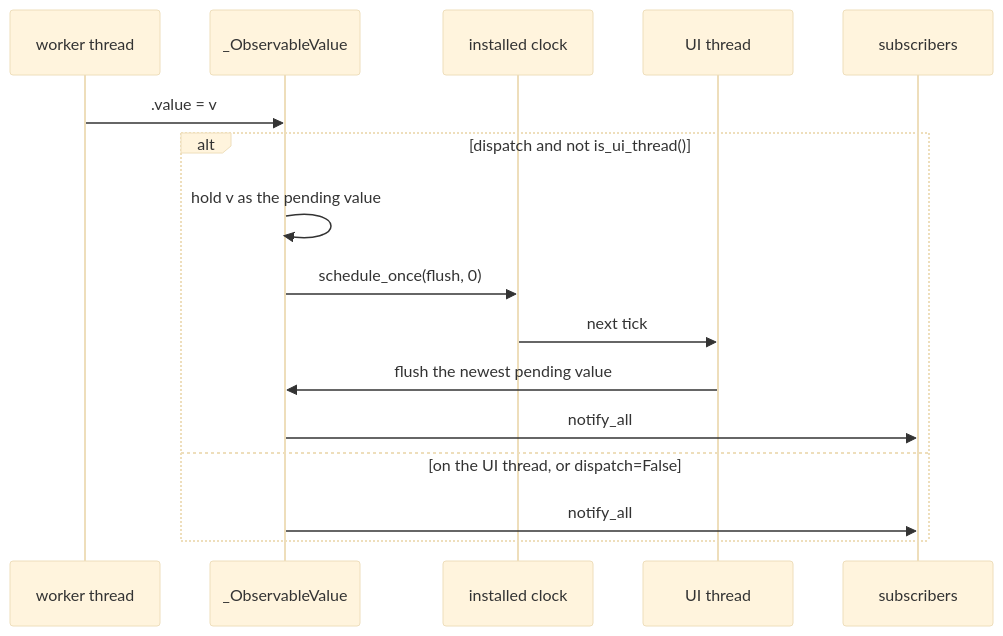
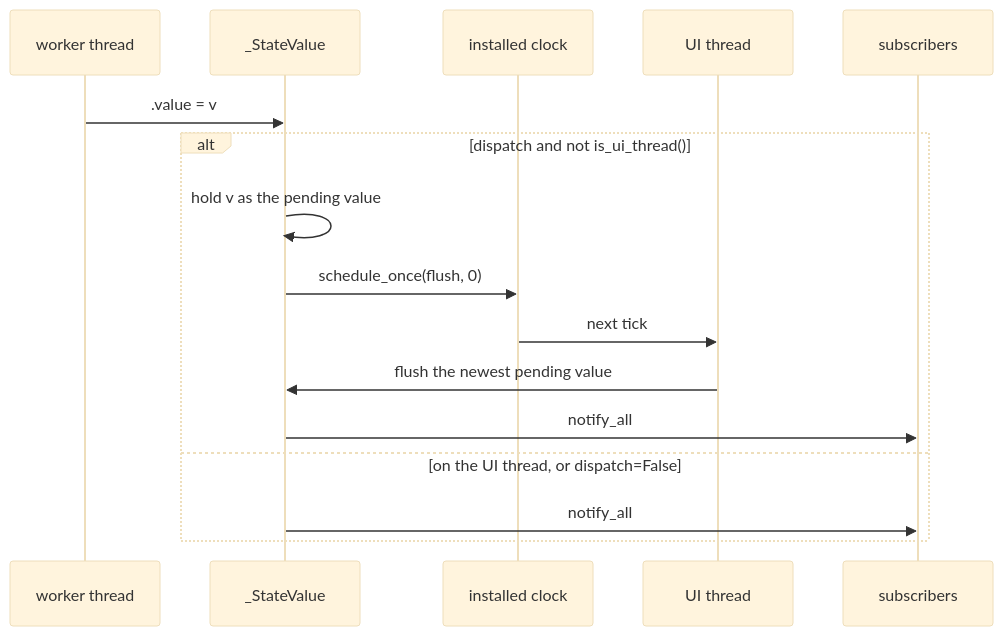
The second of 8 diagrams in docs/design/OBSERVABLE.md (yuksblog/nuiitivet), drawn with Mermaid (base theme) before and after one commit. The commit also changed other lines of this file and 77 other files, not shown here.

````diff
--- a/docs/design/OBSERVABLE.md
+++ b/docs/design/OBSERVABLE.md
@@ -68,19 +68,19 @@
 ```mermaid
 sequenceDiagram
     participant W as worker thread
-    participant V as _ObservableValue
+    participant V as _StateValue
     participant C as installed clock
     participant U as UI thread
     participant S as subscribers
 
     W->>V: .value = v
     alt dispatch and not is_ui_thread()
         V->>V: hold v as the pending value
         V->>C: schedule_once(flush, 0)
         C->>U: next tick
         U->>V: flush the newest pending value
         V->>S: notify_all
     else on the UI thread, or dispatch=False
         V->>S: notify_all
     end
 ```
````
